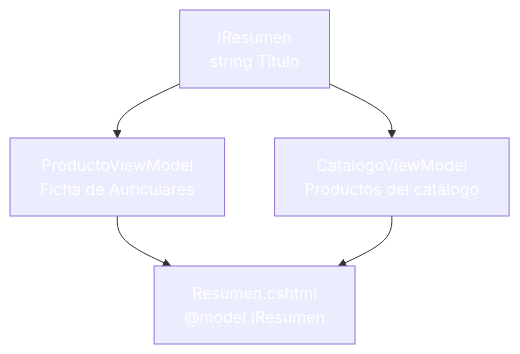
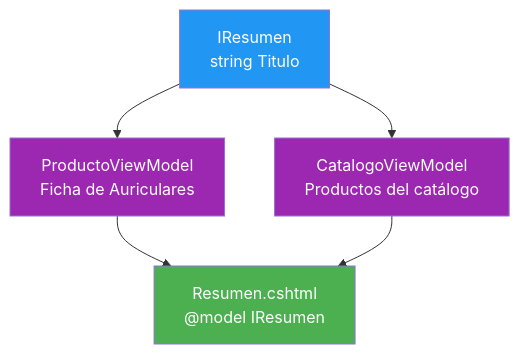
Before and after one commit to joseluisgs/DesarrolloWebEntornosServidor-03-2026-2027: the third of 4 diagrams in 09-mvc-vistas-viewmodels.md, drawn with Mermaid. The commit also changed other lines of this file and 25 other files, not shown here.

Commit message:
docs: corregir los estilos Mermaid de los temas y alinear el dominio del tema 25 con ProductosApp

````diff
--- a/09-mvc-vistas-viewmodels.md
+++ b/09-mvc-vistas-viewmodels.md
@@ -390,11 +390,11 @@
 ```mermaid
 graph TD
     I["IResumen<br/>string Titulo"] --> P["ProductoViewModel<br/>Ficha de Auriculares"]
     I --> C["CatalogoViewModel<br/>Productos del catálogo"]
     P --> V["Resumen.cshtml<br/>@model IResumen"]
     C --> V
-    style I fill:#2196F,color:#fff3,color:#fff
-    style P fill:#9C27B,color:#fff0,color:#fff
-    style C fill:#9C27B,color:#fff0,color:#fff
-    style V fill:#4CAF5,color:#fff0,color:#fff
+    style I fill:#2196F3,color:#fff
+    style P fill:#9C27B0,color:#fff
+    style C fill:#9C27B0,color:#fff
+    style V fill:#4CAF50,color:#fff
 ```
````
